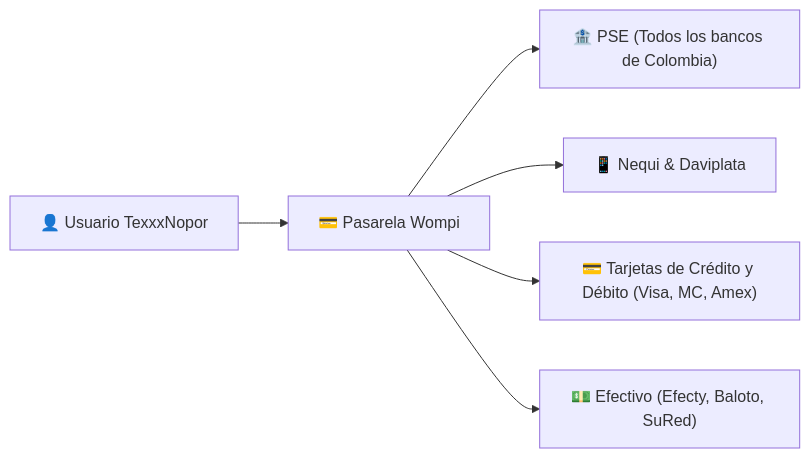
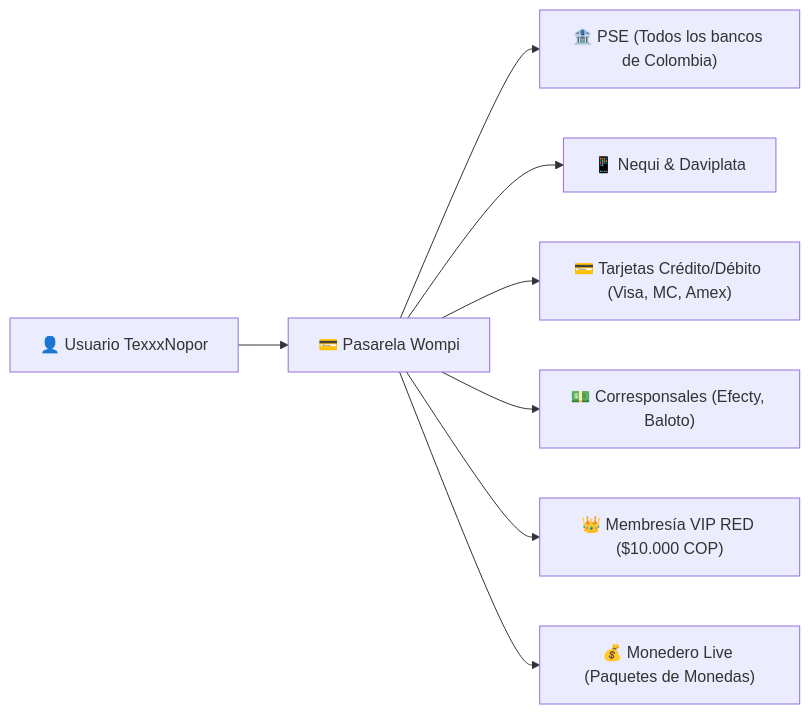
The first of 2 diagrams in docs/03_MANUAL_PASARELA_PAGOS_WOMPI.md (edimartinezpos2-beep/TexxxNopor), drawn with Mermaid before and after one commit. The commit also changed other lines of this file and 35 other files, not shown here.

````diff
--- a/docs/03_MANUAL_PASARELA_PAGOS_WOMPI.md
+++ b/docs/03_MANUAL_PASARELA_PAGOS_WOMPI.md
@@ -14,9 +14,12 @@
 ```mermaid
 graph LR
     User["👤 Usuario TexxxNopor"] --> Gateway["💳 Pasarela Wompi"]
     
     Gateway --> PSE["🏦 PSE (Todos los bancos de Colombia)"]
     Gateway --> Nequi["📱 Nequi & Daviplata"]
-    Gateway --> Cards["💳 Tarjetas de Crédito y Débito (Visa, MC, Amex)"]
-    Gateway --> Cash["💵 Efectivo (Efecty, Baloto, SuRed)"]
+    Gateway --> Cards["💳 Tarjetas Crédito/Débito (Visa, MC, Amex)"]
+    Gateway --> Cash["💵 Corresponsales (Efecty, Baloto)"]
+
+    Gateway --> ProductA["👑 Membresía VIP RED ($10.000 COP)"]
+    Gateway --> ProductB["💰 Monedero Live (Paquetes de Monedas)"]
 ```
````
